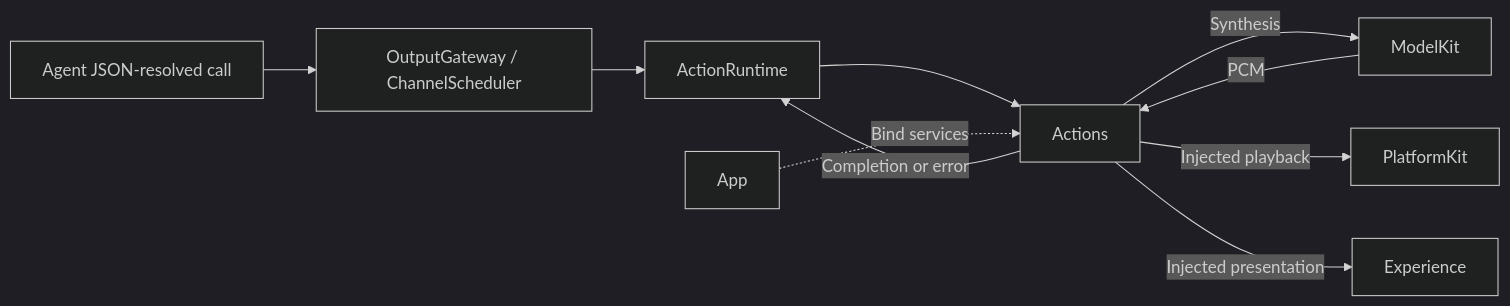
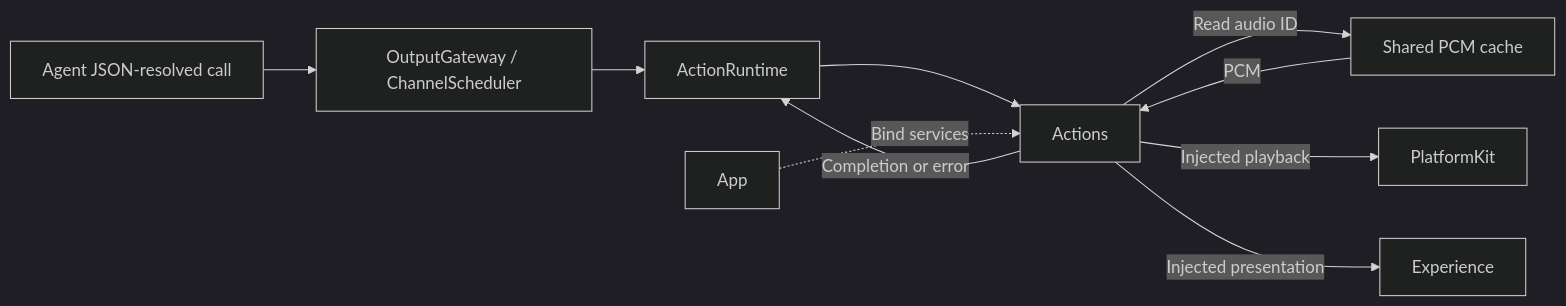
Before and after one commit to devilyouwei/MobileHarness: the first of 2 diagrams in MobileHarness/Actions/README.md, drawn with Mermaid (dark theme). The commit also changed other lines of this file and 124 other files, not shown here.

````diff
--- a/MobileHarness/Actions/README.md
+++ b/MobileHarness/Actions/README.md
@@ -26,12 +26,12 @@
 ```mermaid
 flowchart LR
     Agent[Agent JSON-resolved call] --> Gateway[OutputGateway / ChannelScheduler]
     Gateway --> Runtime[ActionRuntime]
     Runtime --> Actions
     App -.->|Bind services| Actions
-    Actions -->|Synthesis| ModelKit
-    ModelKit -->|PCM| Actions
+    Actions -->|Read audio ID| Cache[Shared PCM cache]
+    Cache -->|PCM| Actions
     Actions -->|Injected playback| PlatformKit
     Actions -->|Injected presentation| Experience
     Actions -->|Completion or error| Runtime
 ```
````
